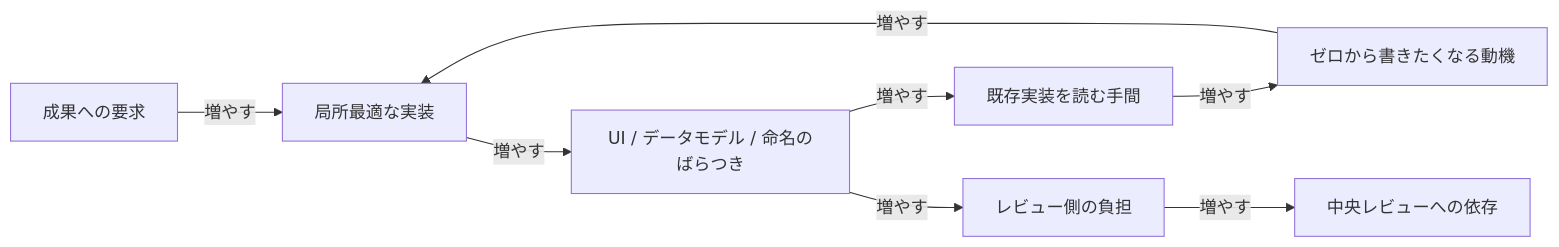
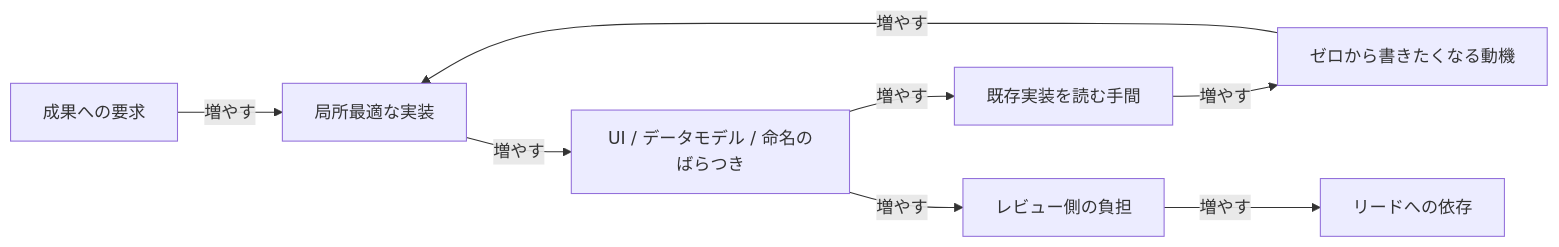
Before and after one commit to iwasa-kosui/monorepo: the sixth of 8 diagrams in apps/kosui-me/src/content/posts/2026-04-29-knowledge-entropy-and-normative-layer.mdx, drawn with Mermaid. The commit also changed other lines of this file, not shown here.

````diff
--- a/apps/kosui-me/src/content/posts/2026-04-29-knowledge-entropy-and-normative-layer.mdx
+++ b/apps/kosui-me/src/content/posts/2026-04-29-knowledge-entropy-and-normative-layer.mdx
@@ -135,18 +139,18 @@
 ```mermaid
 flowchart LR
     A["成果への要求"]
     B["局所最適な実装"]
     C["UI / データモデル / 命名のばらつき"]
     D["既存実装を読む手間"]
     E["ゼロから書きたくなる動機"]
     F["レビュー側の負担"]
-    G["中央レビューへの依存"]
+    G["リードへの依存"]
 
     A -->|増やす| B
     B -->|増やす| C
     C -->|増やす| D
     D -->|増やす| E
     E -->|増やす| B
     C -->|増やす| F
     F -->|増やす| G
 ```
````
